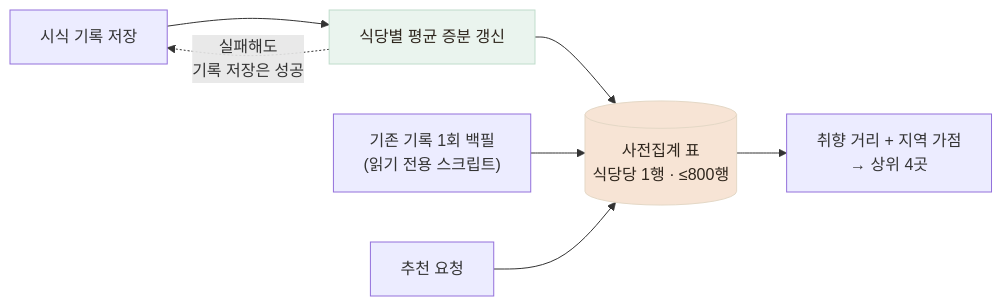
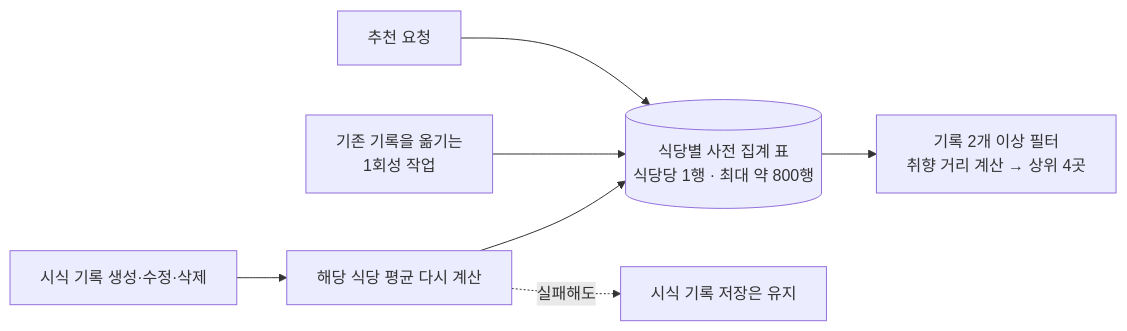
The diagram in public/mds/katsu-map/impl-4-recommend.md (Jinacker/PortFolio), drawn with Mermaid before and after one commit. The commit also changed other lines of this file and 8 other files, not shown here.

````diff
--- a/public/mds/katsu-map/impl-4-recommend.md
+++ b/public/mds/katsu-map/impl-4-recommend.md
@@ -30,12 +28,9 @@
 ```mermaid
 flowchart LR
-    W["시식 기록 저장"] --> U["식당별 평균 증분 갱신"]
-    U -.->|"실패해도<br/>기록 저장은 성공"| W
-    U --> S[("사전집계 표<br/>식당당 1행 · ≤800행")]
-    B["기존 기록 1회 백필<br/>(읽기 전용 스크립트)"] --> S
+    W["시식 기록 생성·수정·삭제"] --> U["해당 식당 평균 다시 계산"]
+    U --> S[("식당별 사전 집계 표<br/>식당당 1행 · 최대 약 800행")]
+    U -.->|"실패해도"| K["시식 기록 저장은 유지"]
+    B["기존 기록을 옮기는<br/>1회성 작업"] --> S
     R["추천 요청"] --> S
-    S --> F["취향 거리 + 지역 가점<br/>→ 상위 4곳"]
-
-    style S fill:#F7E4D5,stroke:#E4D8C6,color:#2E251C
-    style U fill:#EAF4EE,stroke:#BFDCCB,color:#2E251C
+    S --> F["기록 2개 이상 필터<br/>취향 거리 계산 → 상위 4곳"]
 ```
````
